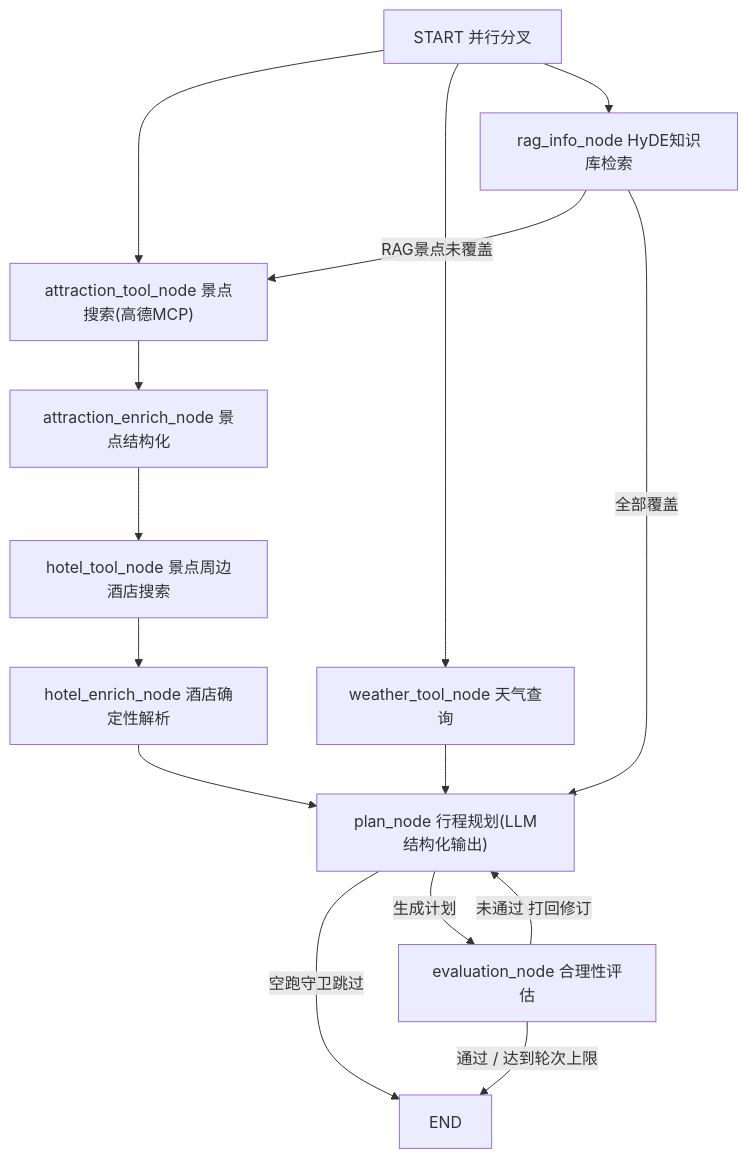
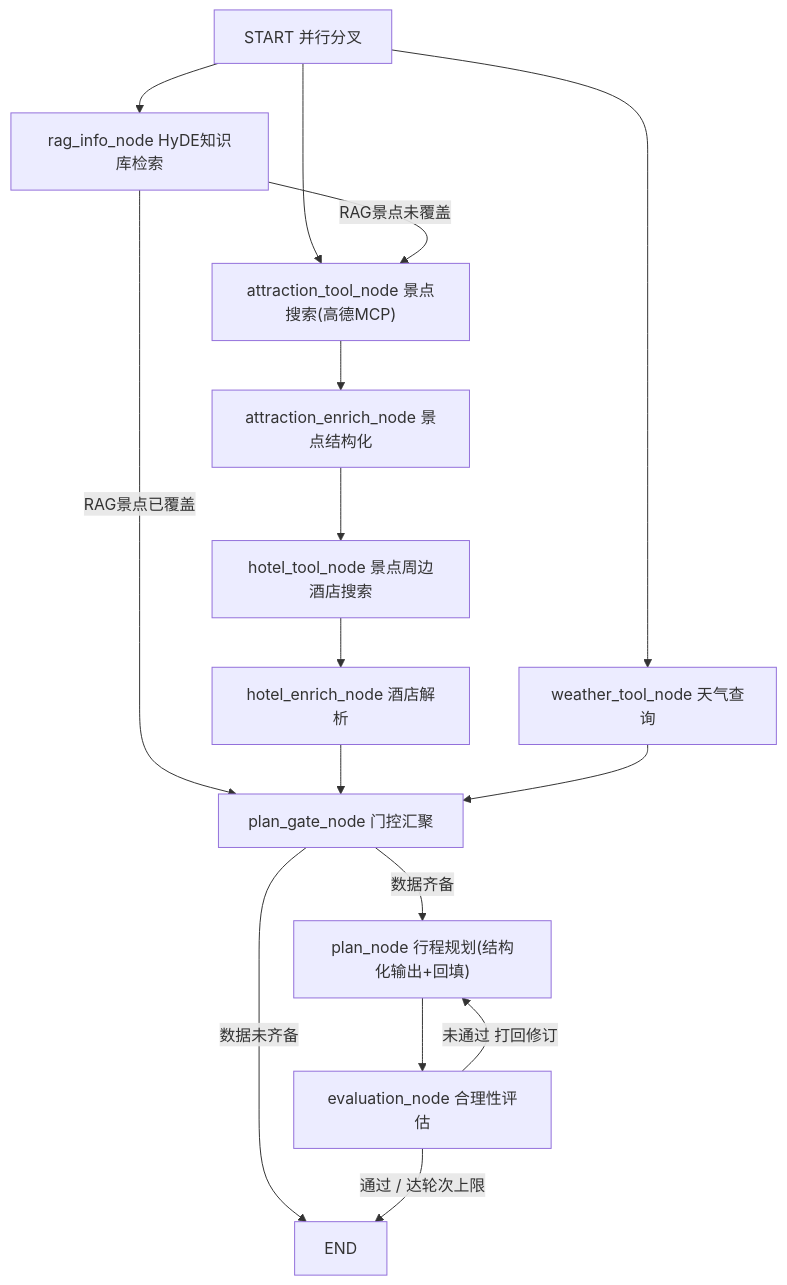
Before and after one commit to sheepsheep678/travel_agents: the diagram in README.md, drawn with Mermaid. The commit also changed other lines of this file and 25 other files, not shown here.

````diff
--- a/README.md
+++ b/README.md
@@ -15,17 +37,22 @@
 ```mermaid
 graph TD
     START["START 并行分叉"] --> A["attraction_tool_node 景点搜索(高德MCP)"]
     START --> W["weather_tool_node 天气查询"]
     START --> R["rag_info_node HyDE知识库检索"]
+
     R -->|RAG景点未覆盖| A
-    R -->|全部覆盖| P["plan_node 行程规划(LLM结构化输出)"]
+    R -->|RAG景点已覆盖| G["plan_gate_node 门控汇聚"]
+
     A --> AE["attraction_enrich_node 景点结构化"]
     AE --> H["hotel_tool_node 景点周边酒店搜索"]
-    H --> HE["hotel_enrich_node 酒店确定性解析"]
-    W --> P
-    HE --> P
-    P -->|空跑守卫跳过| END["END"]
-    P -->|生成计划| E["evaluation_node 合理性评估"]
+    H --> HE["hotel_enrich_node 酒店解析"]
+    HE --> G
+    W --> G
+
+    G -->|数据齐备| P["plan_node 行程规划(结构化输出+回填)"]
+    G -->|数据未齐备| END["END"]
+
+    P --> E["evaluation_node 合理性评估"]
     E -->|未通过 打回修订| P
-    E -->|通过 / 达到轮次上限| END
+    E -->|通过 / 达轮次上限| END
 ```
````
